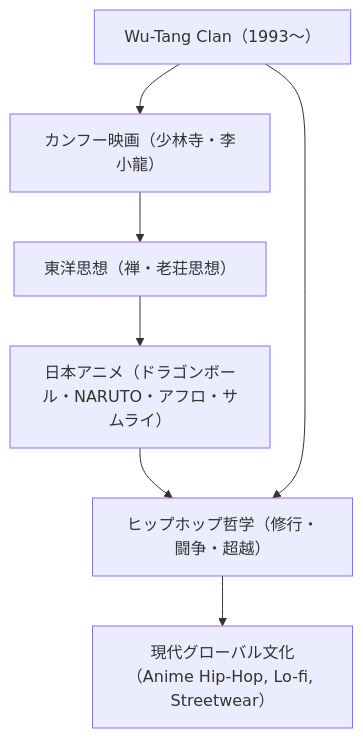
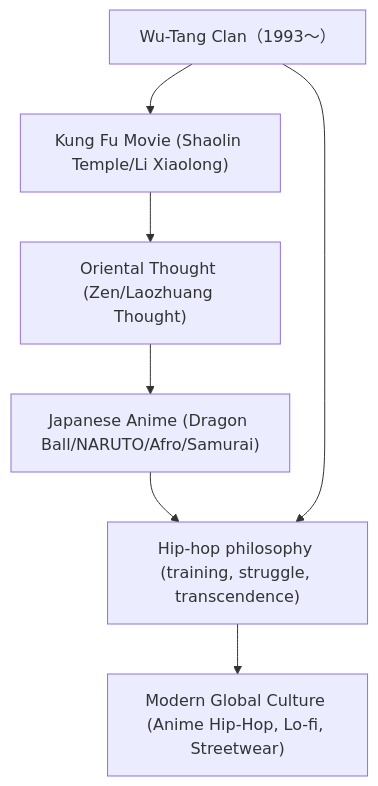
The second of 2 diagrams in en/_posts/2025-10-26-column-wu-tang-clan-anime.md (monumental-movement/monumental-movement.github.io), drawn with Mermaid before and after one commit. The commit also changed other lines of this file and 152 other files, not shown here.

```diff
--- a/en/_posts/2025-10-26-column-wu-tang-clan-anime.md
+++ b/en/_posts/2025-10-26-column-wu-tang-clan-anime.md
@@ -162,19 +162,19 @@
 <div class="mermaid">
 
 flowchart TD
     A["Wu-Tang Clan（1993〜）"]
-    B["カンフー映画（少林寺・李小龍）"]
-    C["東洋思想（禅・老荘思想）"]
-    D["日本アニメ（ドラゴンボール・NARUTO・アフロ・サムライ）"]
-    E["ヒップホップ哲学（修行・闘争・超越）"]
-    F["現代グローバル文化（Anime Hip-Hop, Lo-fi, Streetwear）"]
+    B["Kung Fu Movie (Shaolin Temple/Li Xiaolong)"]
+    C["Oriental Thought (Zen/Laozhuang Thought)"]
+    D["Japanese Anime (Dragon Ball/NARUTO/Afro/Samurai)"]
+    E["Hip-hop philosophy (training, struggle, transcendence)"]
+    F["Modern Global Culture (Anime Hip-Hop, Lo-fi, Streetwear)"]
 
     A --> B
     B --> C
     C --> D
     D --> E
     A --> E
     E --> F
 
 
 </div>
```
